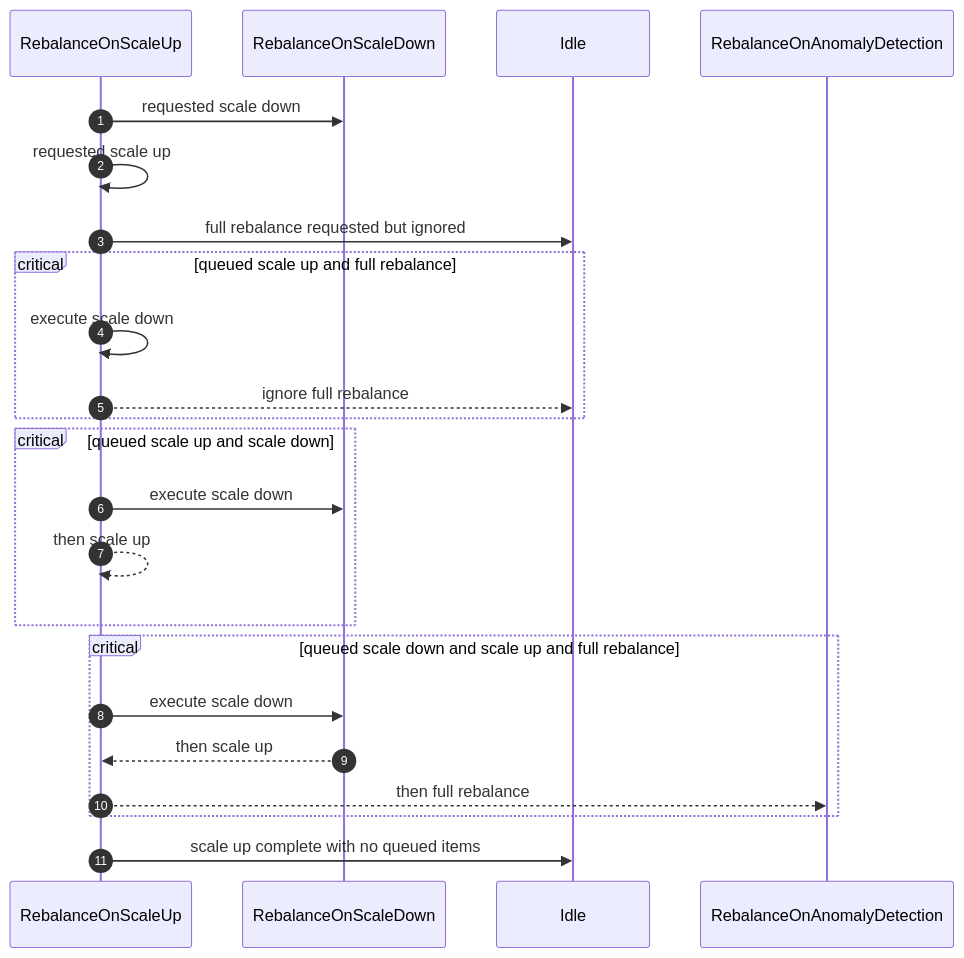
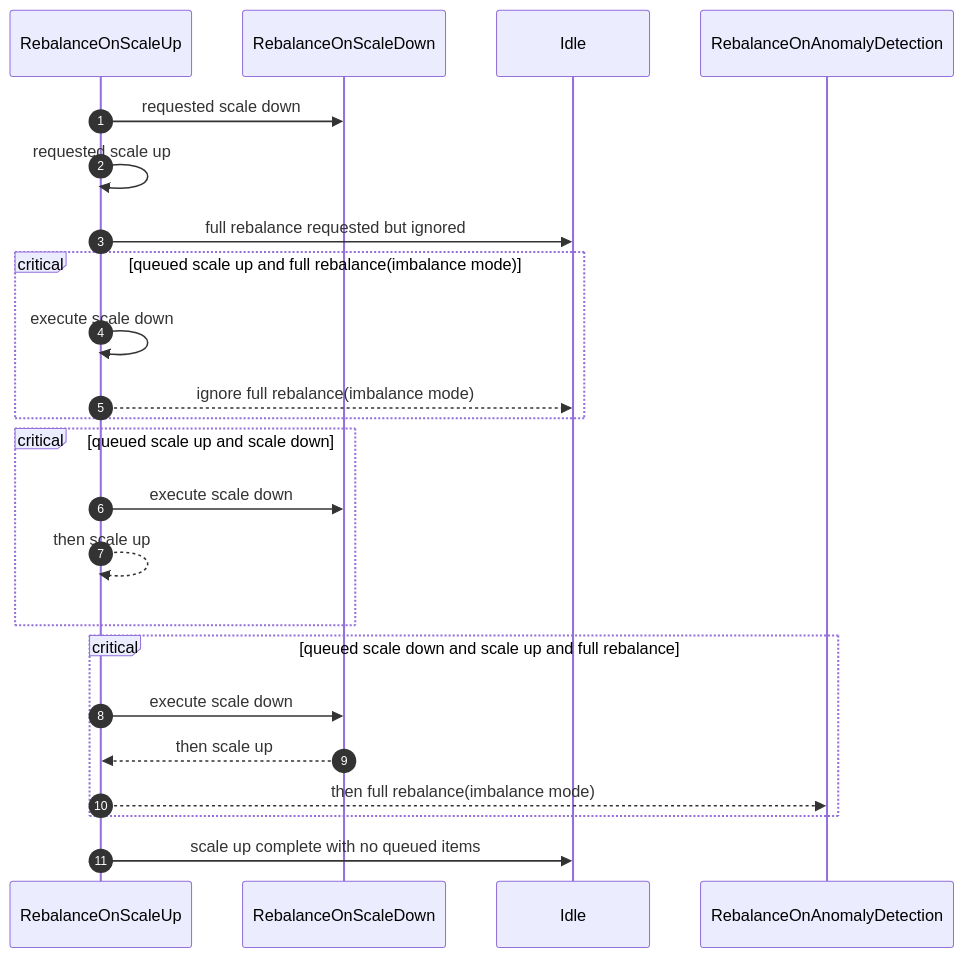
One commit to strimzi/proposals changed the third of 6 diagrams in 106-auto-rebalance-on-imbalanced-clusters.md. Above: the diagram before and after it, drawn with Mermaid. The commit also changed other lines of this file, not shown here.

````diff
--- a/106-auto-rebalance-on-imbalanced-clusters.md
+++ b/106-auto-rebalance-on-imbalanced-clusters.md
@@ -316,21 +324,21 @@
 ```mermaid
 sequenceDiagram
   autonumber
   RebalanceOnScaleUp->>RebalanceOnScaleDown: requested scale down
   RebalanceOnScaleUp->>RebalanceOnScaleUp: requested scale up
   RebalanceOnScaleUp->>Idle: full rebalance requested but ignored
-  critical queued scale up and full rebalance
+  critical queued scale up and full rebalance(imbalance mode)
     RebalanceOnScaleUp->>RebalanceOnScaleUp: execute scale down
-    RebalanceOnScaleUp-->>Idle: ignore full rebalance
+    RebalanceOnScaleUp-->>Idle: ignore full rebalance(imbalance mode)
   end
   critical queued scale up and scale down
     RebalanceOnScaleUp->>RebalanceOnScaleDown: execute scale down
     RebalanceOnScaleUp-->>RebalanceOnScaleUp: then scale up
   end
   critical queued scale down and scale up and full rebalance
     RebalanceOnScaleUp->>RebalanceOnScaleDown: execute scale down
     RebalanceOnScaleDown-->>RebalanceOnScaleUp: then scale up
-    RebalanceOnScaleUp-->>RebalanceOnAnomalyDetection: then full rebalance
+    RebalanceOnScaleUp-->>RebalanceOnAnomalyDetection: then full rebalance(imbalance mode)
   end
   RebalanceOnScaleUp->>Idle: scale up complete with no queued items
 ```
````
